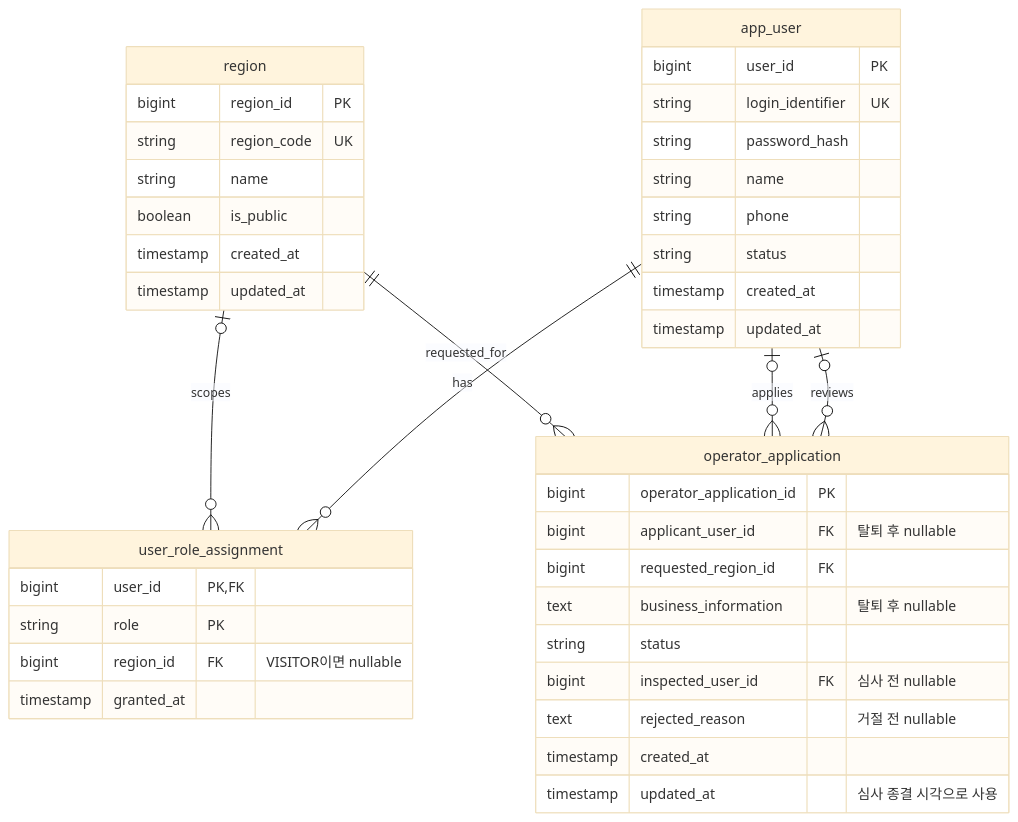
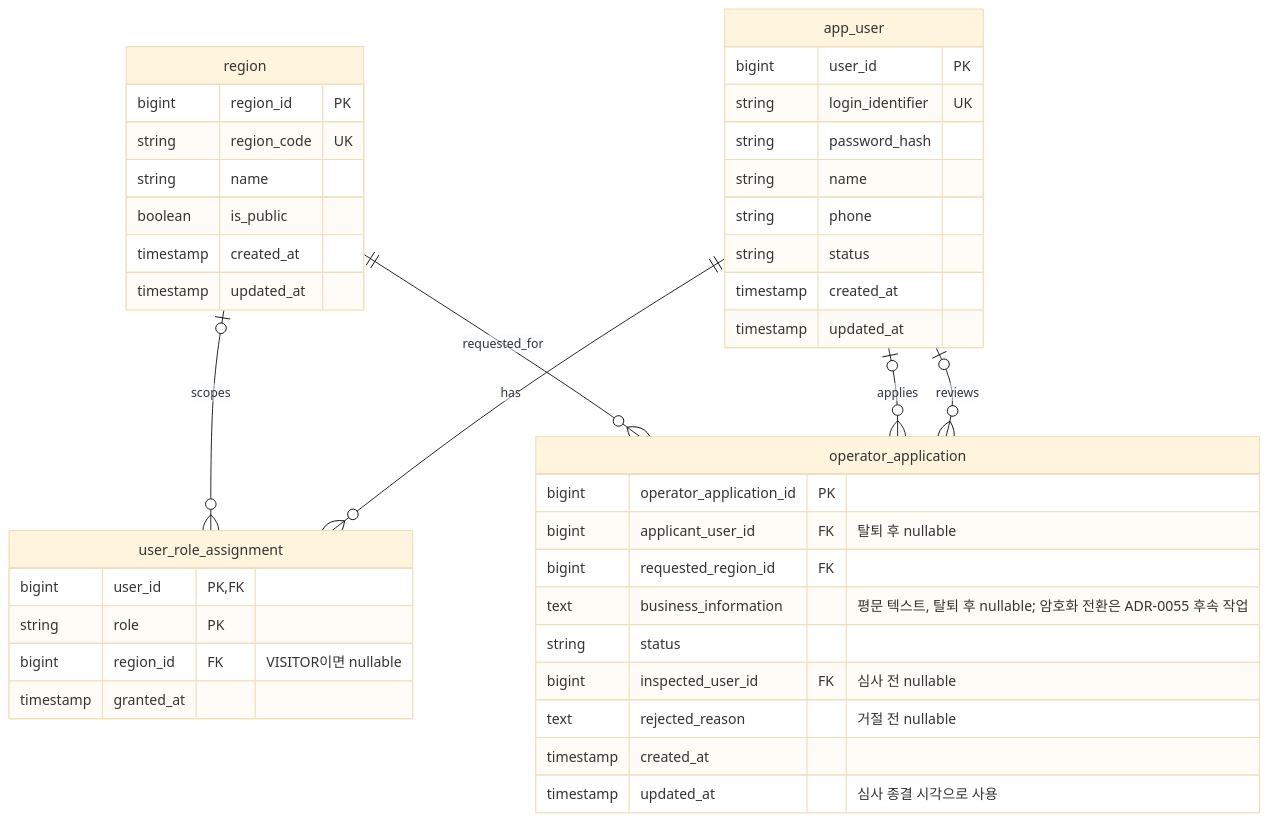
Before and after one commit to Gimhae-Yay/Regional-Event-Platform-Backend: the second of 5 diagrams in docs/erd.md, drawn with Mermaid (base theme). The commit also changed other lines of this file and 6 other files, not shown here.

````diff
--- a/docs/erd.md
+++ b/docs/erd.md
@@ -218,47 +218,47 @@
 ```mermaid
 erDiagram
     region {
         bigint region_id PK
         string region_code UK
         string name
         boolean is_public
         timestamp created_at
         timestamp updated_at
     }
 
     app_user {
         bigint user_id PK
         string login_identifier UK
         string password_hash
         string name
         string phone
         string status
         timestamp created_at
         timestamp updated_at
     }
 
     user_role_assignment {
         bigint user_id PK, FK
         string role PK
         bigint region_id FK "VISITOR이면 nullable"
         timestamp granted_at
     }
 
     operator_application {
         bigint operator_application_id PK
         bigint applicant_user_id FK "탈퇴 후 nullable"
         bigint requested_region_id FK
-        text business_information "탈퇴 후 nullable"
+        text business_information "평문 텍스트, 탈퇴 후 nullable; 암호화 전환은 ADR-0055 후속 작업"
         string status
         bigint inspected_user_id FK "심사 전 nullable"
         text rejected_reason "거절 전 nullable"
         timestamp created_at
         timestamp updated_at "심사 종결 시각으로 사용"
     }
 
     region o|--o{ user_role_assignment : scopes
     app_user ||--o{ user_role_assignment : has
     region ||--o{ operator_application : requested_for
     app_user o|--o{ operator_application : applies
     app_user o|--o{ operator_application : reviews
 ```
````
